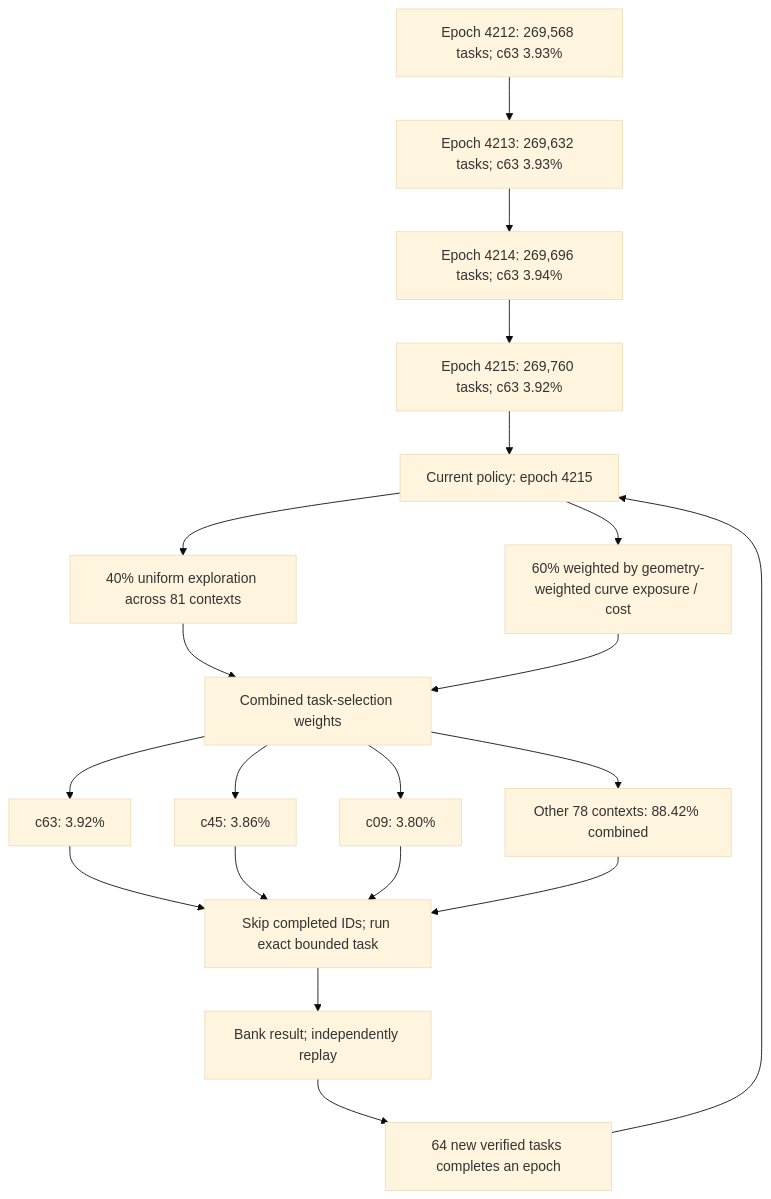
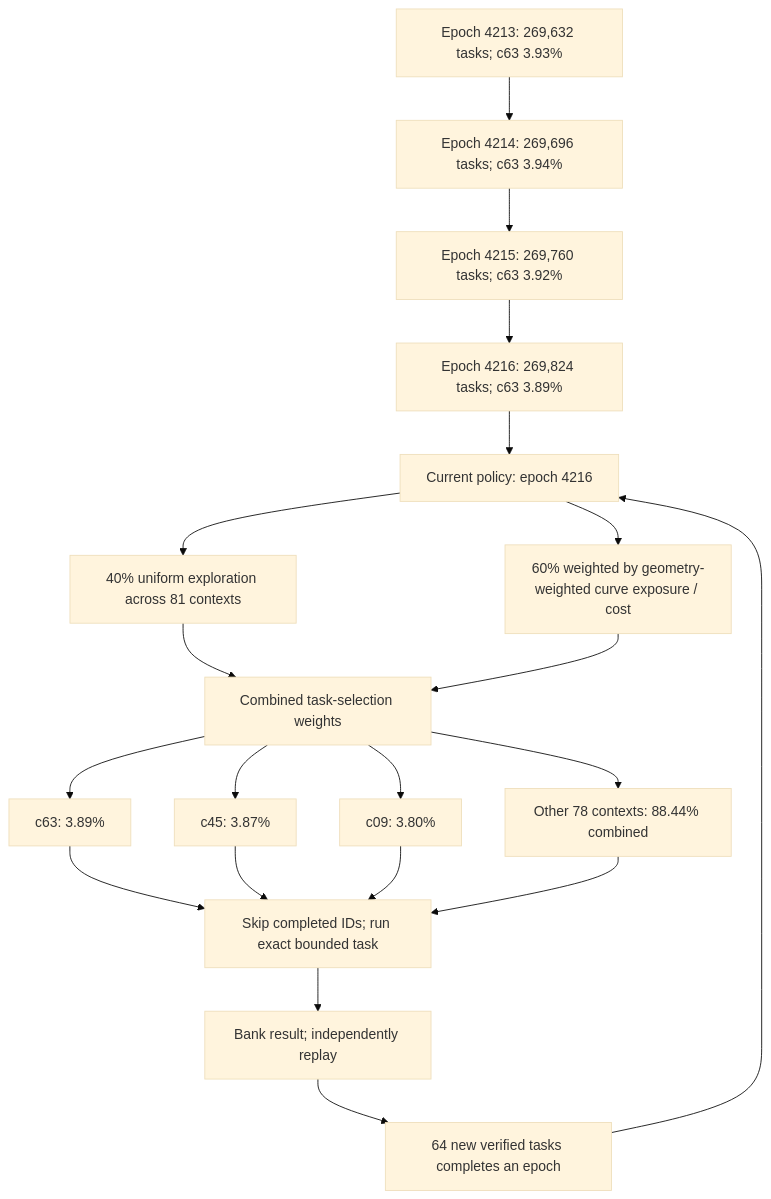
The first of 3 diagrams in README.md (Kuberwastaken/math-gambling), drawn with Mermaid (base theme) before and after one commit. The commit also changed other lines of this file and 250 other files, not shown here.

````diff
--- a/README.md
+++ b/README.md
@@ -60,27 +60,27 @@
 ```mermaid
 flowchart TD
-    H0["Epoch 4212: 269,568 tasks; c63 3.93%"]
-    H1["Epoch 4213: 269,632 tasks; c63 3.93%"]
+    H0["Epoch 4213: 269,632 tasks; c63 3.93%"]
+    H1["Epoch 4214: 269,696 tasks; c63 3.94%"]
     H0 --> H1
-    H2["Epoch 4214: 269,696 tasks; c63 3.94%"]
+    H2["Epoch 4215: 269,760 tasks; c63 3.92%"]
     H1 --> H2
-    H3["Epoch 4215: 269,760 tasks; c63 3.92%"]
+    H3["Epoch 4216: 269,824 tasks; c63 3.89%"]
     H2 --> H3
-    Policy["Current policy: epoch 4215"]
+    Policy["Current policy: epoch 4216"]
     H3 --> Policy
     Policy --> Explore["40% uniform exploration across 81 contexts"]
     Policy --> Cost["60% weighted by geometry-weighted curve exposure / cost"]
     Explore --> Mix["Combined task-selection weights"]
     Cost --> Mix
-    Mix --> C0["c63: 3.92%"]
-    Mix --> C1["c45: 3.86%"]
+    Mix --> C0["c63: 3.89%"]
+    Mix --> C1["c45: 3.87%"]
     Mix --> C2["c09: 3.80%"]
-    Mix --> Rest["Other 78 contexts: 88.42% combined"]
+    Mix --> Rest["Other 78 contexts: 88.44% combined"]
     C0 --> Check["Skip completed IDs; run exact bounded task"]
     C1 --> Check
     C2 --> Check
     Rest --> Check
     Check --> Replay["Bank result; independently replay"]
     Replay --> Gate["64 new verified tasks completes an epoch"]
     Gate --> Policy
 ```
````
